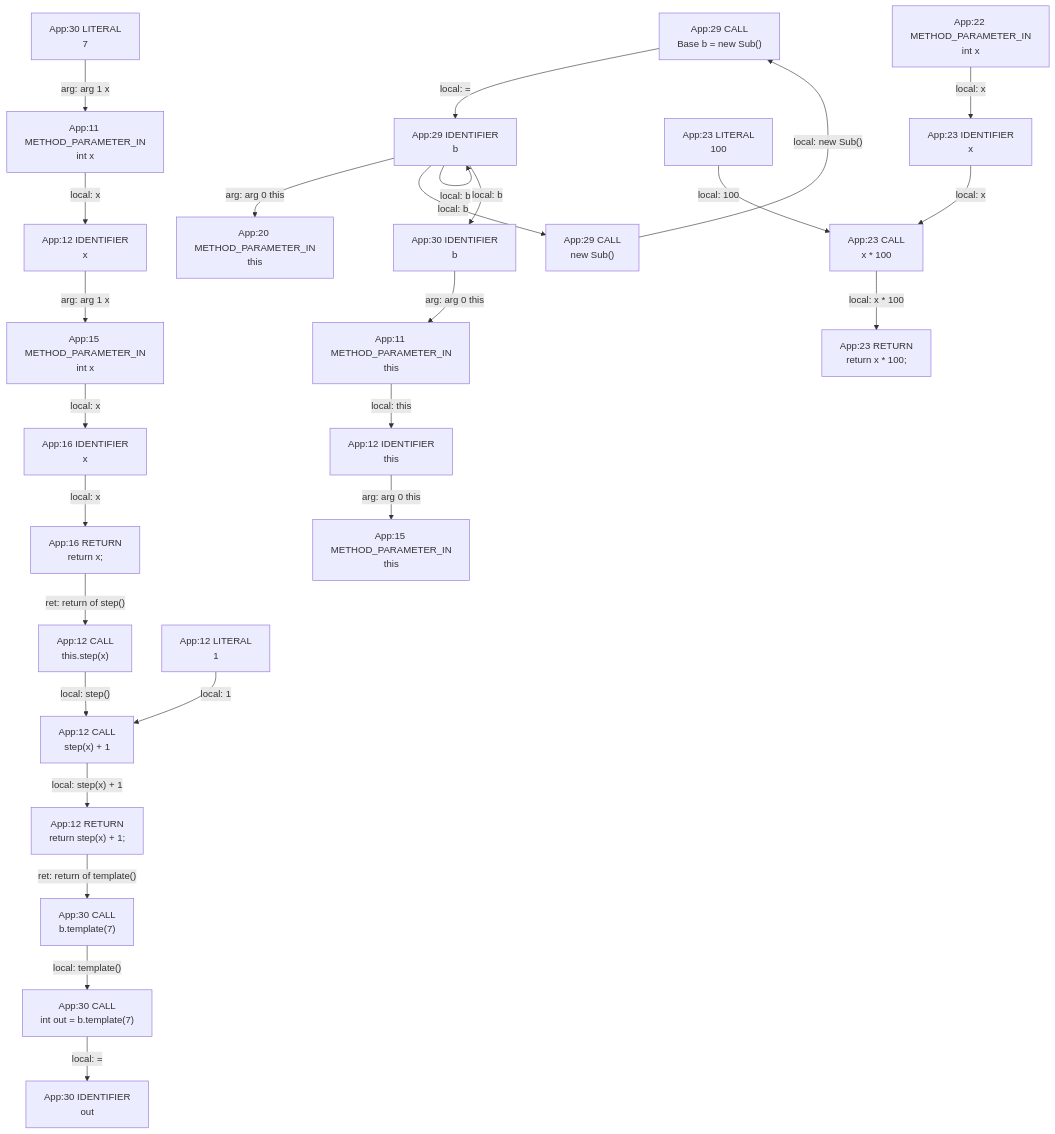
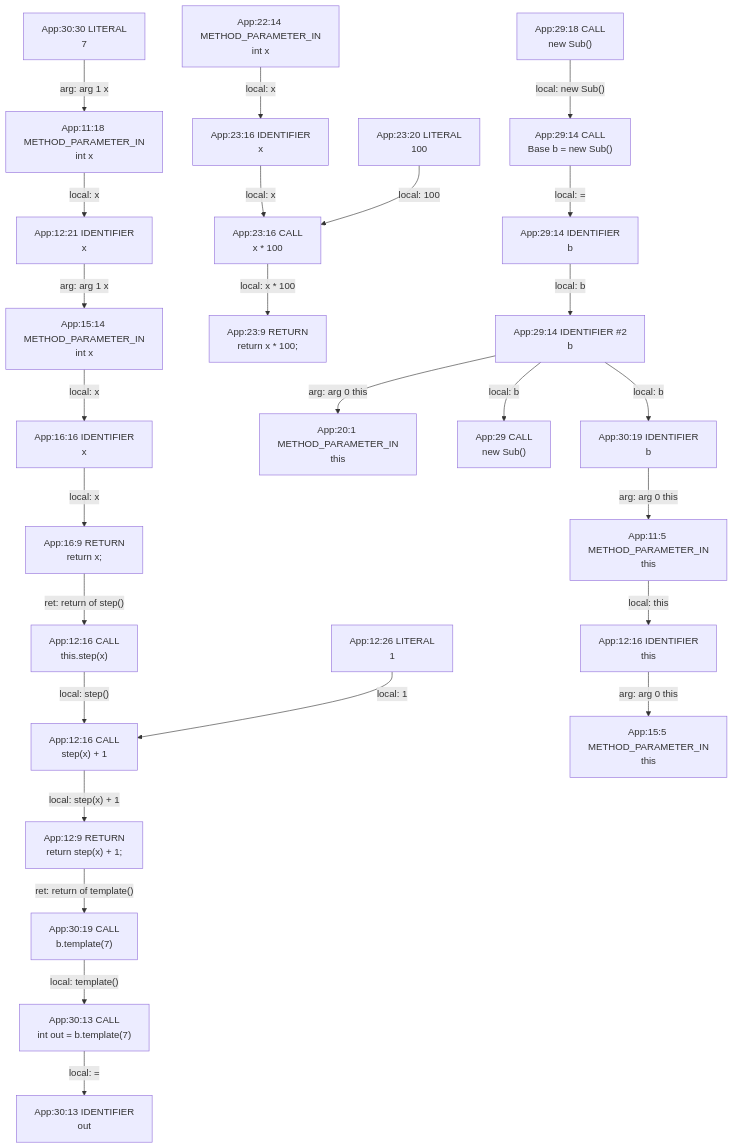
Before and after one commit to gstiebler/codeflow: the diagram in app/src/test/resources/templateMethod/spike-truth.md, drawn with Mermaid. The commit also changed 154 other files, not shown here.

````diff
--- a/app/src/test/resources/templateMethod/spike-truth.md
+++ b/app/src/test/resources/templateMethod/spike-truth.md
@@ -3,54 +3,56 @@
 ```mermaid
 flowchart TD
-  n0["App:11 METHOD_PARAMETER_IN<br/>int x"]
-  n1["App:11 METHOD_PARAMETER_IN<br/>this"]
-  n2["App:12 CALL<br/>step(x) + 1"]
-  n3["App:12 CALL<br/>this.step(x)"]
-  n4["App:12 IDENTIFIER<br/>this"]
-  n5["App:12 IDENTIFIER<br/>x"]
-  n6["App:12 LITERAL<br/>1"]
-  n7["App:12 RETURN<br/>return step(x) + 1;"]
-  n8["App:15 METHOD_PARAMETER_IN<br/>int x"]
-  n9["App:15 METHOD_PARAMETER_IN<br/>this"]
-  n10["App:16 IDENTIFIER<br/>x"]
-  n11["App:16 RETURN<br/>return x;"]
-  n12["App:20 METHOD_PARAMETER_IN<br/>this"]
-  n13["App:22 METHOD_PARAMETER_IN<br/>int x"]
-  n14["App:23 CALL<br/>x * 100"]
-  n15["App:23 IDENTIFIER<br/>x"]
-  n16["App:23 LITERAL<br/>100"]
-  n17["App:23 RETURN<br/>return x * 100;"]
-  n18["App:29 CALL<br/>Base b = new Sub()"]
-  n19["App:29 CALL<br/>new Sub()"]
-  n20["App:29 IDENTIFIER<br/>b"]
-  n21["App:30 CALL<br/>b.template(7)"]
-  n22["App:30 CALL<br/>int out = b.template(7)"]
-  n23["App:30 IDENTIFIER<br/>b"]
-  n24["App:30 IDENTIFIER<br/>out"]
-  n25["App:30 LITERAL<br/>7"]
+  n0["App:11:18 METHOD_PARAMETER_IN<br/>int x"]
+  n1["App:11:5 METHOD_PARAMETER_IN<br/>this"]
+  n2["App:12:16 CALL<br/>step(x) + 1"]
+  n3["App:12:16 CALL<br/>this.step(x)"]
+  n4["App:12:16 IDENTIFIER<br/>this"]
+  n5["App:12:21 IDENTIFIER<br/>x"]
+  n6["App:12:26 LITERAL<br/>1"]
+  n7["App:12:9 RETURN<br/>return step(x) + 1;"]
+  n8["App:15:14 METHOD_PARAMETER_IN<br/>int x"]
+  n9["App:15:5 METHOD_PARAMETER_IN<br/>this"]
+  n10["App:16:16 IDENTIFIER<br/>x"]
+  n11["App:16:9 RETURN<br/>return x;"]
+  n12["App:20:1 METHOD_PARAMETER_IN<br/>this"]
+  n13["App:22:14 METHOD_PARAMETER_IN<br/>int x"]
+  n14["App:23:16 CALL<br/>x * 100"]
+  n15["App:23:16 IDENTIFIER<br/>x"]
+  n16["App:23:20 LITERAL<br/>100"]
+  n17["App:23:9 RETURN<br/>return x * 100;"]
+  n18["App:29 CALL<br/>new Sub()"]
+  n19["App:29:14 CALL<br/>Base b = new Sub()"]
+  n20["App:29:14 IDENTIFIER #2<br/>b"]
+  n21["App:29:14 IDENTIFIER<br/>b"]
+  n22["App:29:18 CALL<br/>new Sub()"]
+  n23["App:30:13 CALL<br/>int out = b.template(7)"]
+  n24["App:30:13 IDENTIFIER<br/>out"]
+  n25["App:30:19 CALL<br/>b.template(7)"]
+  n26["App:30:19 IDENTIFIER<br/>b"]
+  n27["App:30:30 LITERAL<br/>7"]
   n0 -->|"local: x"| n5
   n1 -->|"local: this"| n4
   n10 -->|"local: x"| n11
   n11 -->|"ret: return of step()"| n3
   n13 -->|"local: x"| n15
   n14 -->|"local: x * 100"| n17
   n15 -->|"local: x"| n14
   n16 -->|"local: 100"| n14
-  n18 -->|"local: ="| n20
-  n19 -->|"local: new Sub()"| n18
+  n19 -->|"local: ="| n21
   n2 -->|"local: step(x) + 1"| n7
   n20 -->|"arg: arg 0 this"| n12
-  n20 -->|"local: b"| n19
-  n20 -->|"local: b"| n20
-  n20 -->|"local: b"| n23
-  n21 -->|"local: template()"| n22
-  n22 -->|"local: ="| n24
-  n23 -->|"arg: arg 0 this"| n1
-  n25 -->|"arg: arg 1 x"| n0
+  n20 -->|"local: b"| n18
+  n20 -->|"local: b"| n26
+  n21 -->|"local: b"| n20
+  n22 -->|"local: new Sub()"| n19
+  n23 -->|"local: ="| n24
+  n25 -->|"local: template()"| n23
+  n26 -->|"arg: arg 0 this"| n1
+  n27 -->|"arg: arg 1 x"| n0
   n3 -->|"local: step()"| n2
   n4 -->|"arg: arg 0 this"| n9
   n5 -->|"arg: arg 1 x"| n8
   n6 -->|"local: 1"| n2
-  n7 -->|"ret: return of template()"| n21
+  n7 -->|"ret: return of template()"| n25
   n8 -->|"local: x"| n10
 ```
````
